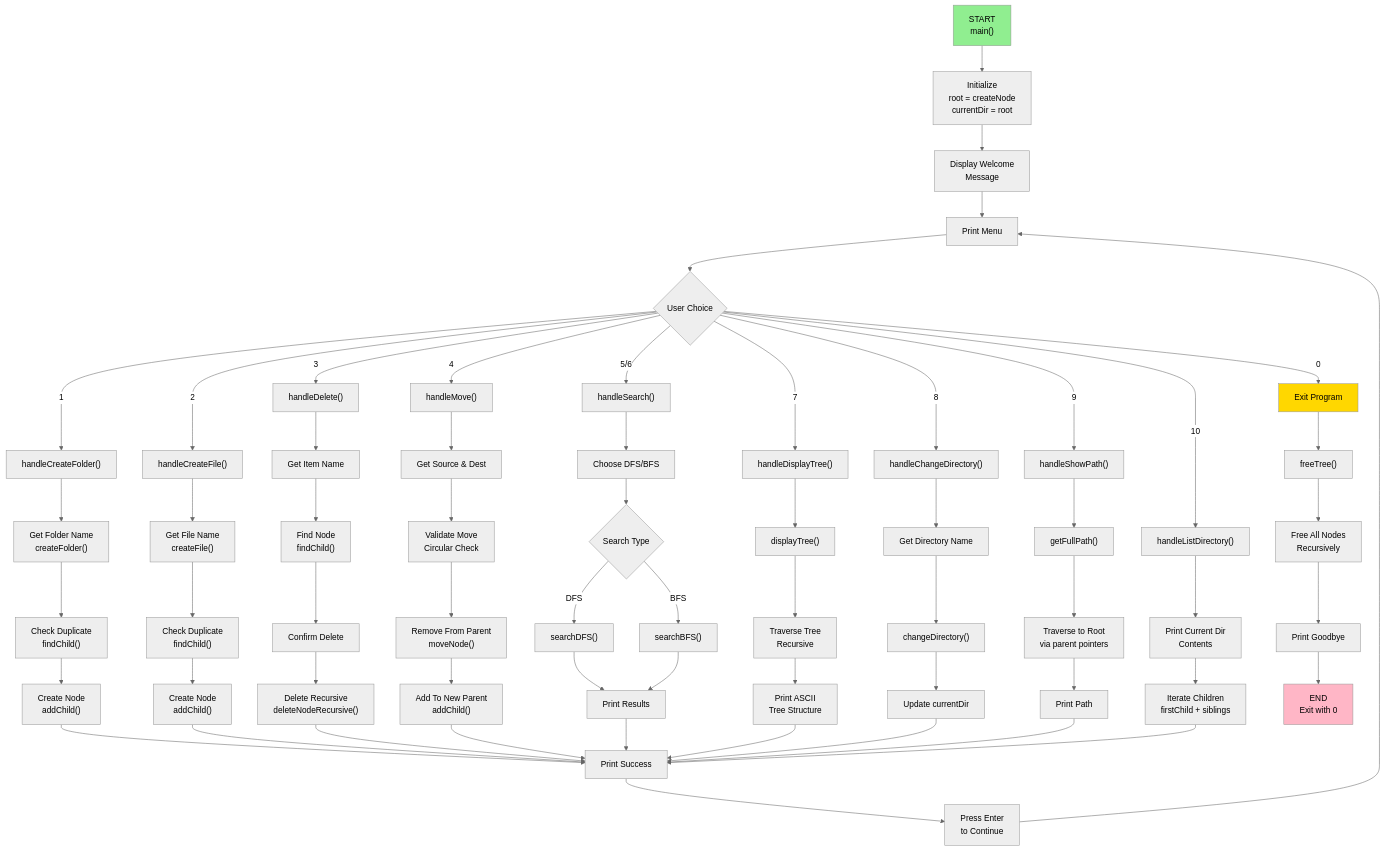
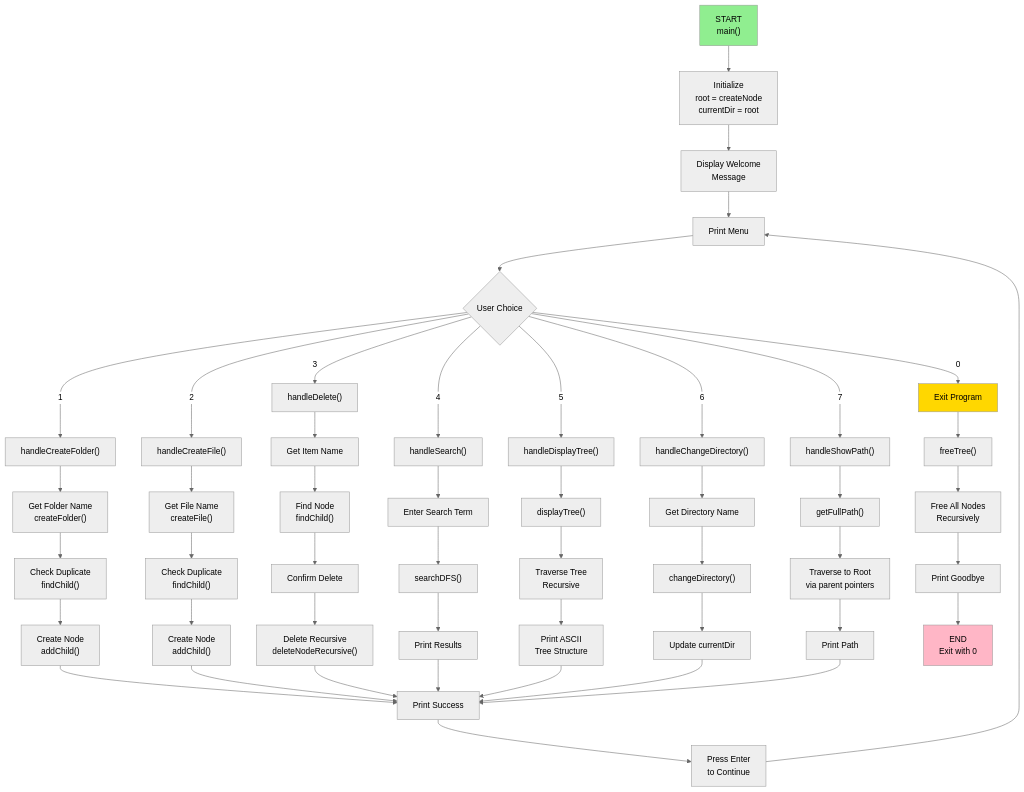
Before and after one commit to PranavOaR/File-Explorer---Tree-Data-Structure-Mini-Project-: the diagram in README.md, drawn with Mermaid (neutral theme). The commit also changed other lines of this file and 2 other files, not shown here.

Commit message:
Clean up unused functions and update documentation
- Removed moveNode() function (Move feature)
- Removed searchBFS() function (BFS search feature)
- Updated README.md with simplified feature list
- Updated flowchart showing only 7 menu options
- Updated function hierarchy diagram
- Code is now lean and focused on core functionality

````diff
--- a/README.md
+++ b/README.md
@@ -95,79 +92,64 @@
 ```mermaid
 flowchart TD
     A["START<br/>main()"] --> B["Initialize<br/>root = createNode<br/>currentDir = root"]
     B --> C["Display Welcome<br/>Message"]
     C --> D["Print Menu"]
     D --> E{User Choice}
     
     E -->|1| F["handleCreateFolder()"]
     E -->|2| G["handleCreateFile()"]
     E -->|3| H["handleDelete()"]
-    E -->|4| I["handleMove()"]
-    E -->|5/6| J["handleSearch()"]
-    E -->|7| K["handleDisplayTree()"]
-    E -->|8| L["handleChangeDirectory()"]
-    E -->|9| M["handleShowPath()"]
-    E -->|10| N["handleListDirectory()"]
-    E -->|0| O["Exit Program"]
+    E -->|4| I["handleSearch()"]
+    E -->|5| J["handleDisplayTree()"]
+    E -->|6| K["handleChangeDirectory()"]
+    E -->|7| L["handleShowPath()"]
+    E -->|0| M["Exit Program"]
     
     F --> F1["Get Folder Name<br/>createFolder()"]
     F1 --> F2["Check Duplicate<br/>findChild()"]
     F2 --> F3["Create Node<br/>addChild()"]
     F3 --> P["Print Success"]
     
     G --> G1["Get File Name<br/>createFile()"]
     G1 --> G2["Check Duplicate<br/>findChild()"]
     G2 --> G3["Create Node<br/>addChild()"]
     G3 --> P
     
     H --> H1["Get Item Name"]
     H1 --> H2["Find Node<br/>findChild()"]
     H2 --> H3["Confirm Delete"]
     H3 --> H4["Delete Recursive<br/>deleteNodeRecursive()"]
     H4 --> P
     
-    I --> I1["Get Source & Dest"]
-    I1 --> I2["Validate Move<br/>Circular Check"]
-    I2 --> I3["Remove From Parent<br/>moveNode()"]
-    I3 --> I4["Add To New Parent<br/>addChild()"]
-    I4 --> P
+    I --> I1["Enter Search Term"]
+    I1 --> I2["searchDFS()"]
+    I2 --> I3["Print Results"]
+    I3 --> P
     
-    J --> J1["Choose DFS/BFS"]
-    J1 --> J2{Search Type}
-    J2 -->|DFS| J3["searchDFS()"]
-    J2 -->|BFS| J4["searchBFS()"]
-    J3 --> J5["Print Results"]
-    J4 --> J5
-    J5 --> P
+    J --> J1["displayTree()"]
+    J1 --> J2["Traverse Tree<br/>Recursive"]
+    J2 --> J3["Print ASCII<br/>Tree Structure"]
+    J3 --> P
     
-    K --> K1["displayTree()"]
-    K1 --> K2["Traverse Tree<br/>Recursive"]
-    K2 --> K3["Print ASCII<br/>Tree Structure"]
+    K --> K1["Get Directory Name"]
+    K1 --> K2["changeDirectory()"]
+    K2 --> K3["Update currentDir"]
     K3 --> P
     
-    L --> L1["Get Directory Name"]
-    L1 --> L2["changeDirectory()"]
-    L2 --> L3["Update currentDir"]
+    L --> L1["getFullPath()"]
+    L1 --> L2["Traverse to Root<br/>via parent pointers"]
+    L2 --> L3["Print Path"]
     L3 --> P
-    
-    M --> M1["getFullPath()"]
-    M1 --> M2["Traverse to Root<br/>via parent pointers"]
-    M2 --> M3["Print Path"]
-    M3 --> P
-    
-    N --> N1["Print Current Dir<br/>Contents"]
-    N1 --> N2["Iterate Children<br/>firstChild + siblings"]
-    N2 --> P
     
     P --> Q["Press Enter<br/>to Continue"]
     Q --> D
     
-    O --> R["freeTree()"]
+    M --> R["freeTree()"]
     R --> S["Free All Nodes<br/>Recursively"]
     S --> T["Print Goodbye"]
     T --> U["END<br/>Exit with 0"]
     
     style A fill:#90EE90
     style U fill:#FFB6C6
-    style O fill:#FFD700
+    style M fill:#FFD700
 ```
````
